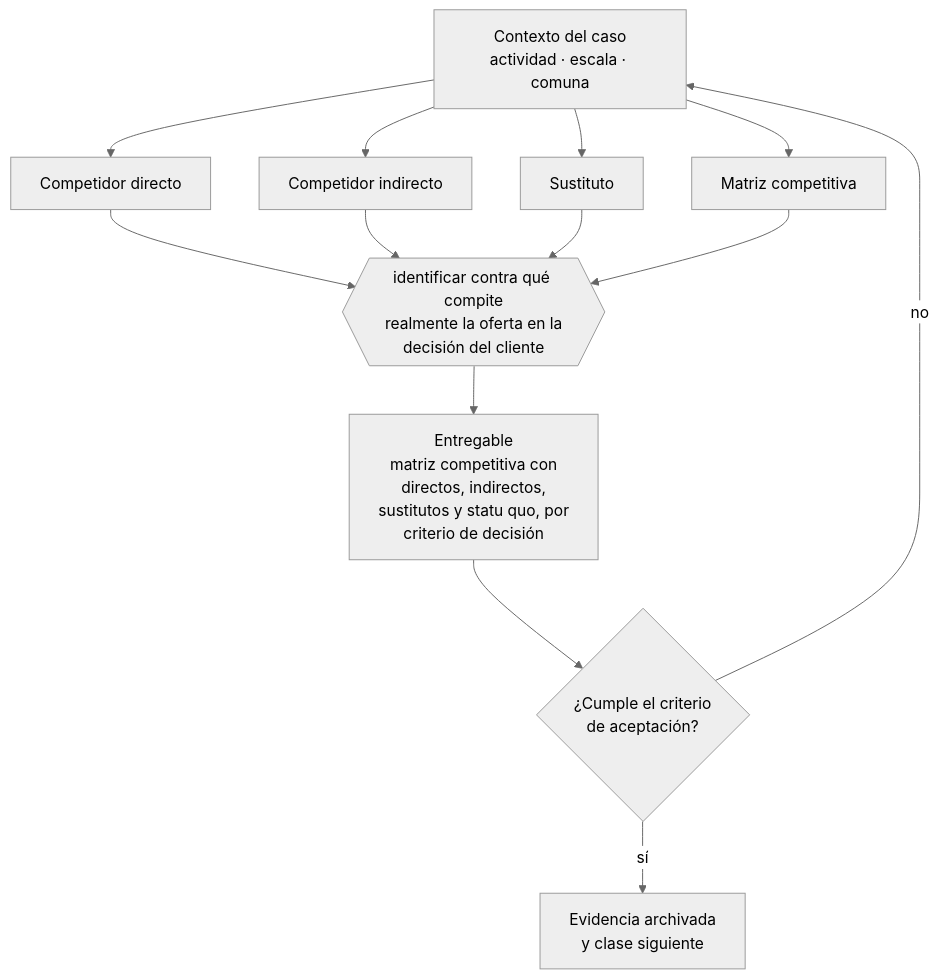
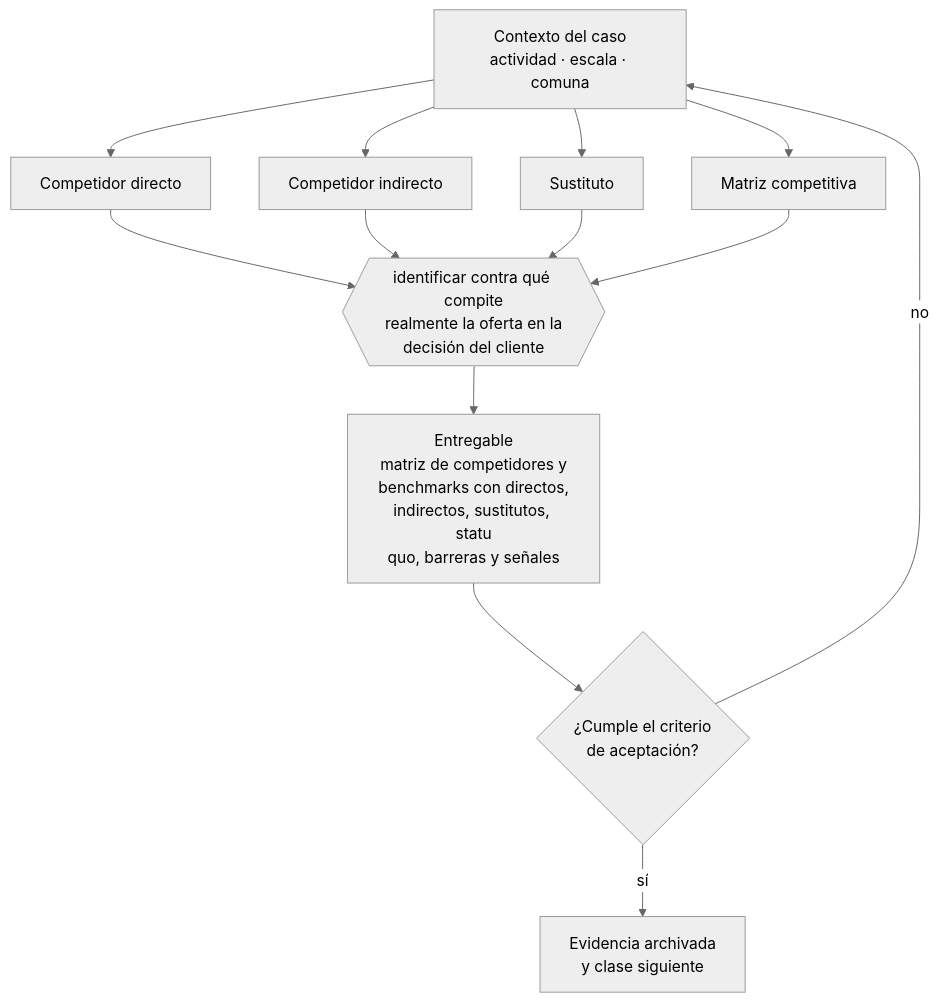
One commit to vladimiracunadev-create/modern-business-creation-program changed the diagram in curriculum/part-02-descubrimiento-validacion-y-mercado/class-07-competidores-directos-indirectos-y-sustitutos/README.md. Above: the diagram before and after it, drawn with Mermaid (neutral theme). The commit also changed other lines of this file and 48 other files, not shown here.

````diff
--- a/curriculum/part-02-descubrimiento-validacion-y-mercado/class-07-competidores-directos-indirectos-y-sustitutos/README.md
+++ b/curriculum/part-02-descubrimiento-validacion-y-mercado/class-07-competidores-directos-indirectos-y-sustitutos/README.md
@@ -34,13 +34,13 @@
 ```mermaid
 flowchart TB
     C["Contexto del caso<br/>actividad · escala · comuna"]
     C --> A1["Competidor directo"]
     C --> A2["Competidor indirecto"]
     C --> A3["Sustituto"]
     C --> A4["Matriz competitiva"]
     A1 & A2 & A3 & A4 --> D{{"identificar contra qué compite<br/>realmente la oferta en la<br/>decisión del cliente"}}
-    D --> E["Entregable<br/>matriz competitiva con<br/>directos, indirectos,<br/>sustitutos y statu quo, por<br/>criterio de decisión"]
+    D --> E["Entregable<br/>matriz de competidores y<br/>benchmarks con directos,<br/>indirectos, sustitutos, statu<br/>quo, barreras y señales"]
     E --> V{"¿Cumple el criterio<br/>de aceptación?"}
     V -->|sí| S["Evidencia archivada<br/>y clase siguiente"]
     V -->|no| C
 ```
````
